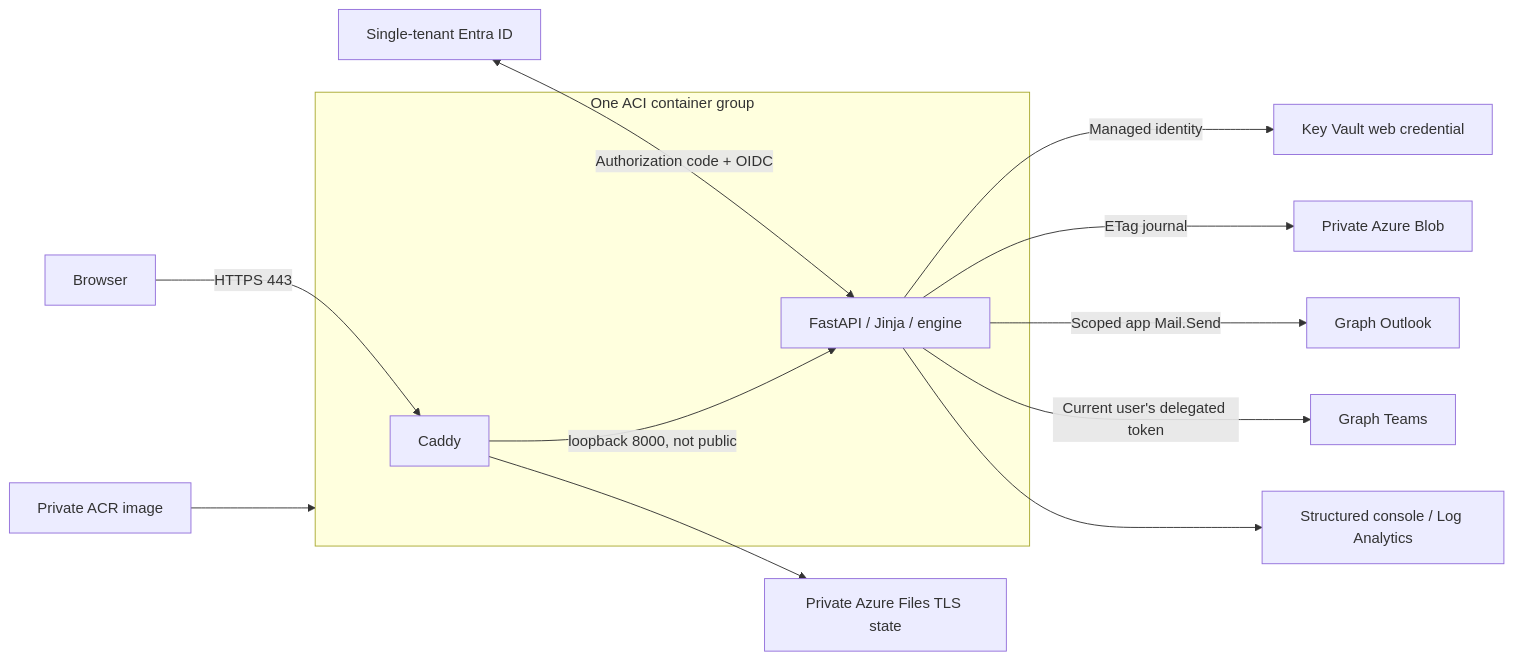
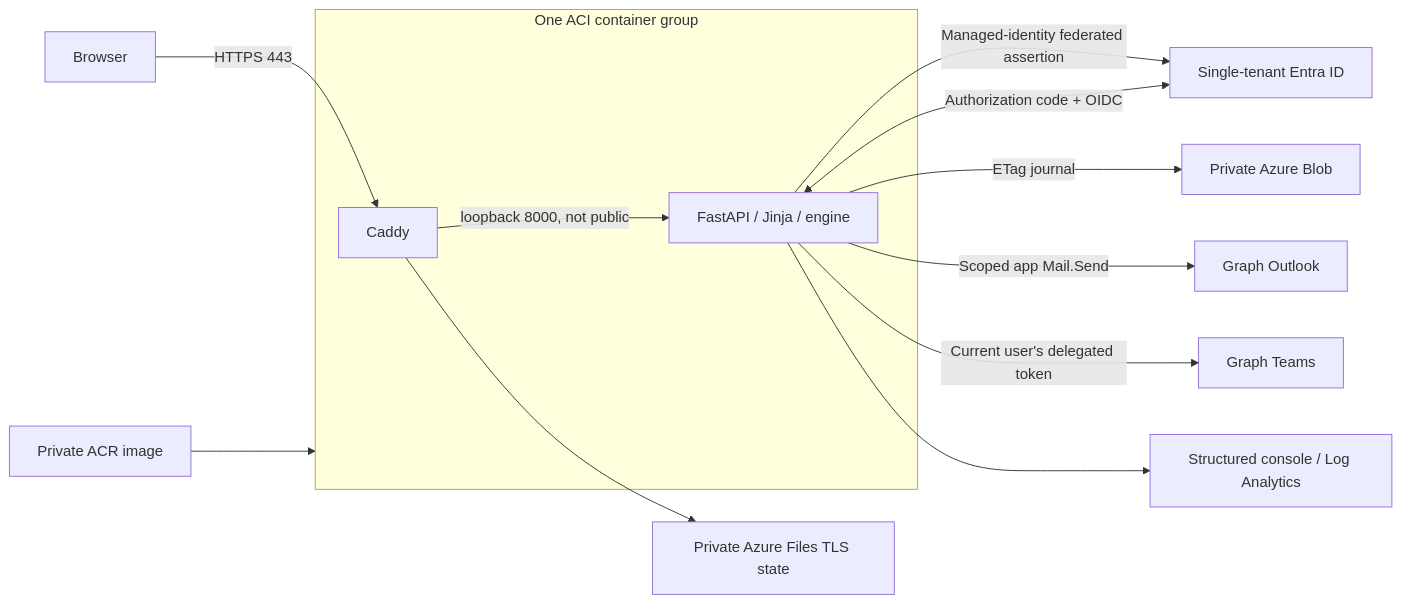
Before and after one commit to koenraadhaedens/azd-importer-teams-outlook-demodata: the diagram in README.md, drawn with Mermaid. The commit also changed other lines of this file and 27 other files, not shown here.

First line of the commit message:
Refactor authentication and registration processes to utilize managed identity

````diff
--- a/README.md
+++ b/README.md
@@ -15,15 +15,15 @@
 ```mermaid
 flowchart LR
     Browser -->|HTTPS 443| Caddy
     Entra[Single-tenant Entra ID] <-->|Authorization code + OIDC| App
     subgraph ACI[One ACI container group]
       Caddy -->|loopback 8000, not public| App[FastAPI / Jinja / engine]
     end
     Caddy --> Certs[Private Azure Files TLS state]
-    App -->|Managed identity| Vault[Key Vault web credential]
+    App -->|Managed-identity federated assertion| Entra
     App -->|ETag journal| Blob[Private Azure Blob]
     App -->|Scoped app Mail.Send| Mail[Graph Outlook]
     App -->|Current user's delegated token| Teams[Graph Teams]
     App --> Logs[Structured console / Log Analytics]
     ACR[Private ACR image] --> ACI
 ```
````
